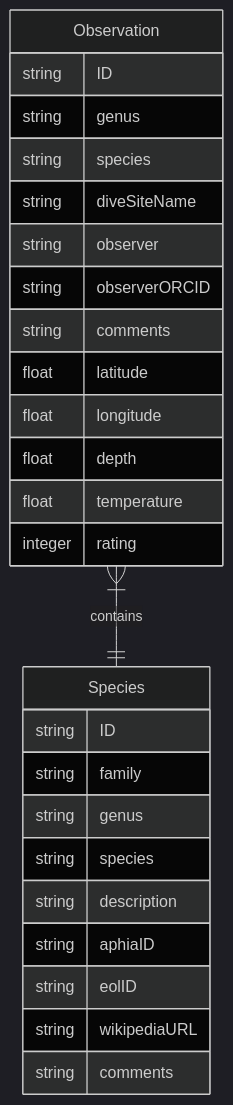
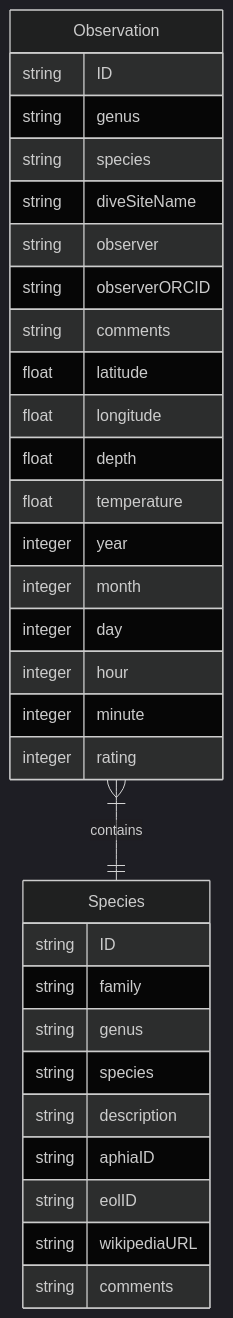
Before and after one commit to mpfl/nudis: the diagram in design/data-model.md, drawn with Mermaid (dark theme). The commit also changed 8 other files, not shown here.

````diff
--- a/design/data-model.md
+++ b/design/data-model.md
@@ -5,29 +5,34 @@
 ```mermaid
 erDiagram
     Species {
         string ID
         string family
         string genus
         string species
         string description
         string aphiaID
         string eolID
         string wikipediaURL
         string comments
     }
     Observation }|--|| Species: contains
     Observation {
         string ID
         string genus
         string species
         string diveSiteName
         string observer
         string observerORCID
         string comments
         float latitude
         float longitude
         float depth
         float temperature
+        integer year
+        integer month
+        integer day
+        integer hour
+        integer minute
         integer rating
     }
 ```
````
